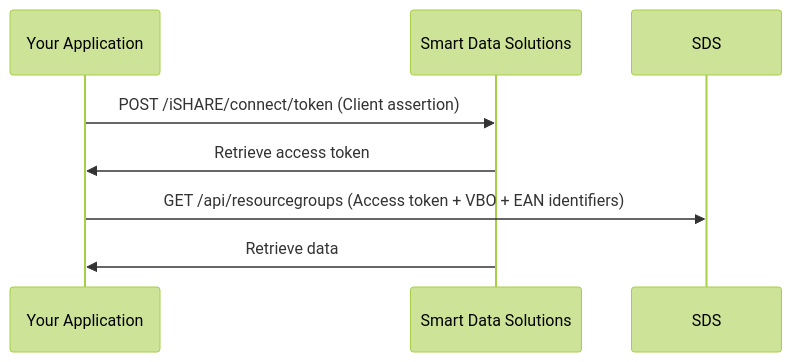
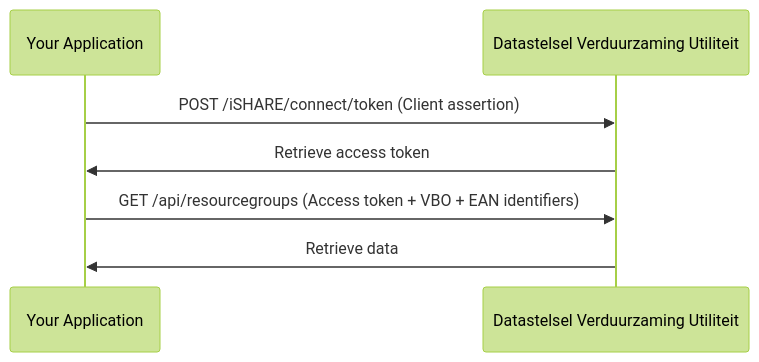
The diagram in dvu/vbo-ean-data-retrieval.md (POORT8/Poort8.Docs), drawn with Mermaid (forest theme) before and after one commit. The commit also changed 2 other files, not shown here.

Commit message:
Deploy dvu docs: 12056439eda641e2006032e6ea4fc22c1d83a7b4

````diff
--- a/dvu/vbo-ean-data-retrieval.md
+++ b/dvu/vbo-ean-data-retrieval.md
@@ -7,9 +7,9 @@
 ```mermaid
 sequenceDiagram
     participant App as Your Application
-    participant DVU as Smart Data Solutions
+    participant DVU as Datastelsel Verduurzaming Utiliteit
     App->>DVU: POST /iSHARE/connect/token (Client assertion)
     DVU->>App: Retrieve access token
-    App->>SDS: GET /api/resourcegroups (Access token + VBO + EAN identifiers)
+    App->>DVU: GET /api/resourcegroups (Access token + VBO + EAN identifiers)
     DVU->>App: Retrieve data
 ```
````
